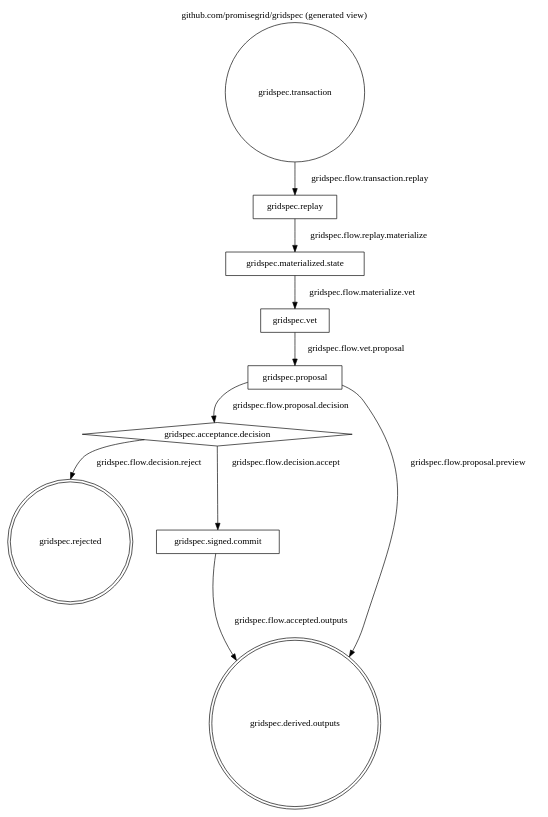
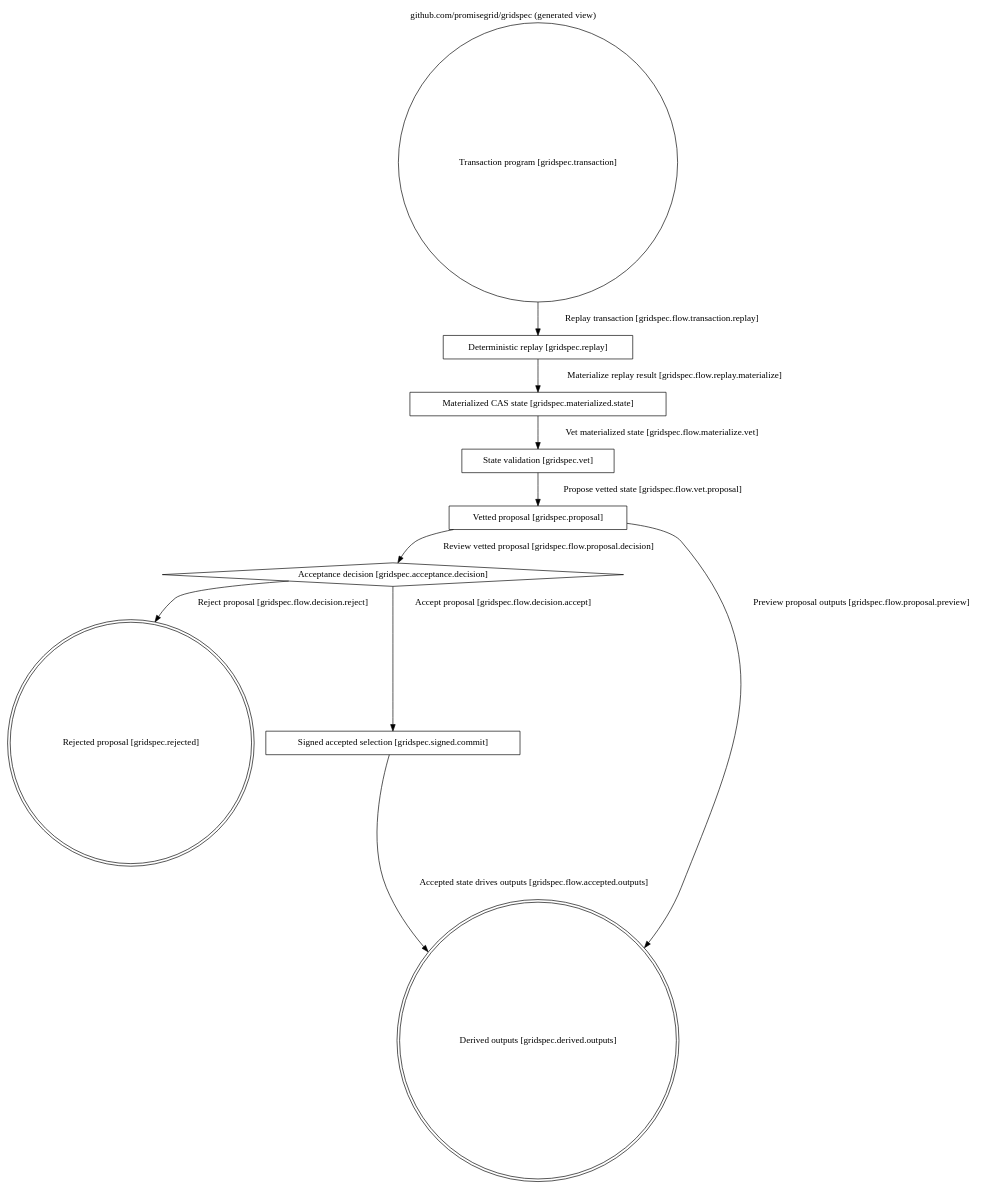
The diagram in views/gridspec-authority.dot (stevegt/gridspec), drawn with Graphviz before and after one commit. The commit also changed 26 other files, not shown here.

```diff
--- a/views/gridspec-authority.dot
+++ b/views/gridspec-authority.dot
@@ -1,22 +1,22 @@
 digraph gridspec_view {
   graph [label="github.com/promisegrid/gridspec (generated view)", labelloc=t];
   node [shape=plaintext];
-  "id:gridspec.acceptance.decision" [label="gridspec.acceptance.decision",shape=diamond];
-  "id:gridspec.derived.outputs" [label="gridspec.derived.outputs",shape=doublecircle];
-  "id:gridspec.materialized.state" [label="gridspec.materialized.state",shape=box];
-  "id:gridspec.proposal" [label="gridspec.proposal",shape=box];
-  "id:gridspec.rejected" [label="gridspec.rejected",shape=doublecircle];
-  "id:gridspec.replay" [label="gridspec.replay",shape=box];
-  "id:gridspec.signed.commit" [label="gridspec.signed.commit",shape=box];
-  "id:gridspec.transaction" [label="gridspec.transaction",shape=circle];
-  "id:gridspec.vet" [label="gridspec.vet",shape=box];
-  "id:gridspec.signed.commit" -> "id:gridspec.derived.outputs" [label="gridspec.flow.accepted.outputs"];
-  "id:gridspec.acceptance.decision" -> "id:gridspec.signed.commit" [label="gridspec.flow.decision.accept"];
-  "id:gridspec.acceptance.decision" -> "id:gridspec.rejected" [label="gridspec.flow.decision.reject"];
-  "id:gridspec.materialized.state" -> "id:gridspec.vet" [label="gridspec.flow.materialize.vet"];
-  "id:gridspec.proposal" -> "id:gridspec.acceptance.decision" [label="gridspec.flow.proposal.decision"];
-  "id:gridspec.proposal" -> "id:gridspec.derived.outputs" [label="gridspec.flow.proposal.preview"];
-  "id:gridspec.replay" -> "id:gridspec.materialized.state" [label="gridspec.flow.replay.materialize"];
-  "id:gridspec.transaction" -> "id:gridspec.replay" [label="gridspec.flow.transaction.replay"];
-  "id:gridspec.vet" -> "id:gridspec.proposal" [label="gridspec.flow.vet.proposal"];
+  "id:gridspec.acceptance.decision" [label="Acceptance decision [gridspec.acceptance.decision]",shape=diamond,tooltip="gridspec.acceptance.decision: Separates proposal review from the act that changes accepted state."];
+  "id:gridspec.derived.outputs" [label="Derived outputs [gridspec.derived.outputs]",shape=doublecircle,tooltip="gridspec.derived.outputs: Views, checks, docs, and generators derived from a selected materialized state."];
+  "id:gridspec.materialized.state" [label="Materialized CAS state [gridspec.materialized.state]",shape=box,tooltip="gridspec.materialized.state: The complete verified state closure produced by deterministic replay into content-addressed storage."];
+  "id:gridspec.proposal" [label="Vetted proposal [gridspec.proposal]",shape=box,tooltip="gridspec.proposal: A reviewable proposed state that has been materialized and validated but not accepted."];
+  "id:gridspec.rejected" [label="Rejected proposal [gridspec.rejected]",shape=doublecircle,tooltip="gridspec.rejected: A terminal outcome where review does not change accepted state."];
+  "id:gridspec.replay" [label="Deterministic replay [gridspec.replay]",shape=box,tooltip="gridspec.replay: The transaction execution step that computes the next state from a base state."];
+  "id:gridspec.signed.commit" [label="Signed accepted selection [gridspec.signed.commit]",shape=box,tooltip="gridspec.signed.commit: The cryptographically signed act that selects authoritative timeline heads."];
+  "id:gridspec.transaction" [label="Transaction program [gridspec.transaction]",shape=circle,tooltip="gridspec.transaction: The input change description replayed against a base state."];
+  "id:gridspec.vet" [label="State validation [gridspec.vet]",shape=box,tooltip="gridspec.vet: Deterministic validation applied to a fully materialized state before proposal or use."];
+  "id:gridspec.signed.commit" -> "id:gridspec.derived.outputs" [label="Accepted state drives outputs [gridspec.flow.accepted.outputs]",tooltip="gridspec.flow.accepted.outputs: Uses the signed accepted state as the default input for views, checks, and generation."];
+  "id:gridspec.acceptance.decision" -> "id:gridspec.signed.commit" [label="Accept proposal [gridspec.flow.decision.accept]",tooltip="gridspec.flow.decision.accept: Turns an acceptance decision into a signed commit selecting authoritative timeline heads."];
+  "id:gridspec.acceptance.decision" -> "id:gridspec.rejected" [label="Reject proposal [gridspec.flow.decision.reject]",tooltip="gridspec.flow.decision.reject: Ends review without changing accepted state when a proposal is rejected."];
+  "id:gridspec.materialized.state" -> "id:gridspec.vet" [label="Vet materialized state [gridspec.flow.materialize.vet]",tooltip="gridspec.flow.materialize.vet: Runs validation only after deterministic replay materializes the full CAS state."];
+  "id:gridspec.proposal" -> "id:gridspec.acceptance.decision" [label="Review vetted proposal [gridspec.flow.proposal.decision]",tooltip="gridspec.flow.proposal.decision: Sends a vetted proposal to the separate acceptance decision step."];
+  "id:gridspec.proposal" -> "id:gridspec.derived.outputs" [label="Preview proposal outputs [gridspec.flow.proposal.preview]",tooltip="gridspec.flow.proposal.preview: Allows derived views from a current vetted proposal without granting acceptance."];
+  "id:gridspec.replay" -> "id:gridspec.materialized.state" [label="Materialize replay result [gridspec.flow.replay.materialize]",tooltip="gridspec.flow.replay.materialize: Converts replayed transactions into a verified content-addressed state closure."];
+  "id:gridspec.transaction" -> "id:gridspec.replay" [label="Replay transaction [gridspec.flow.transaction.replay]",tooltip="gridspec.flow.transaction.replay: Executes transaction text against a base state to compute the next state."];
+  "id:gridspec.vet" -> "id:gridspec.proposal" [label="Propose vetted state [gridspec.flow.vet.proposal]",tooltip="gridspec.flow.vet.proposal: Promotes a validated materialized state into a reviewable proposal."];
 }
```
